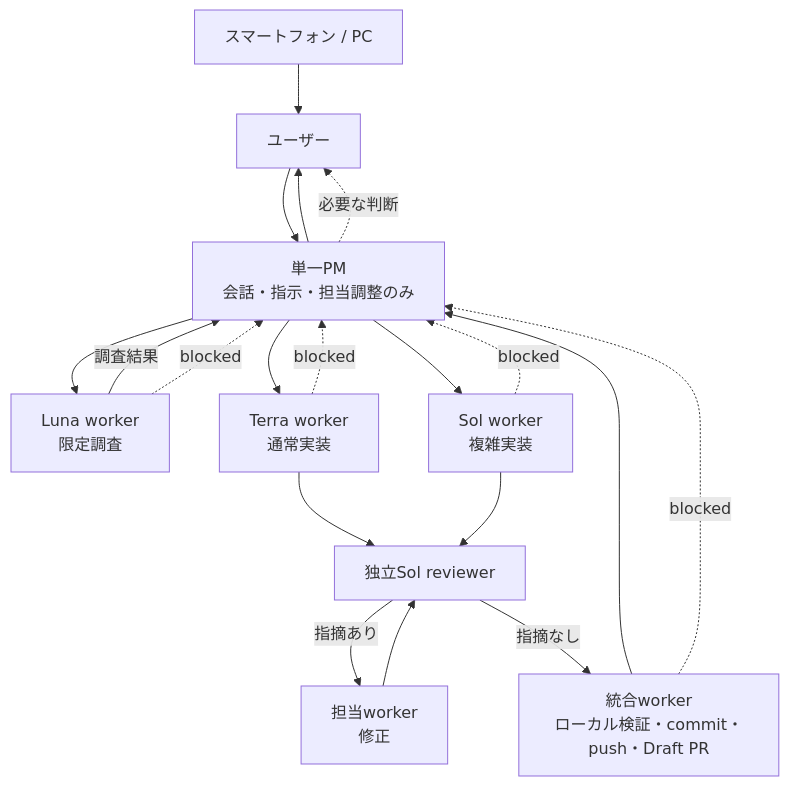
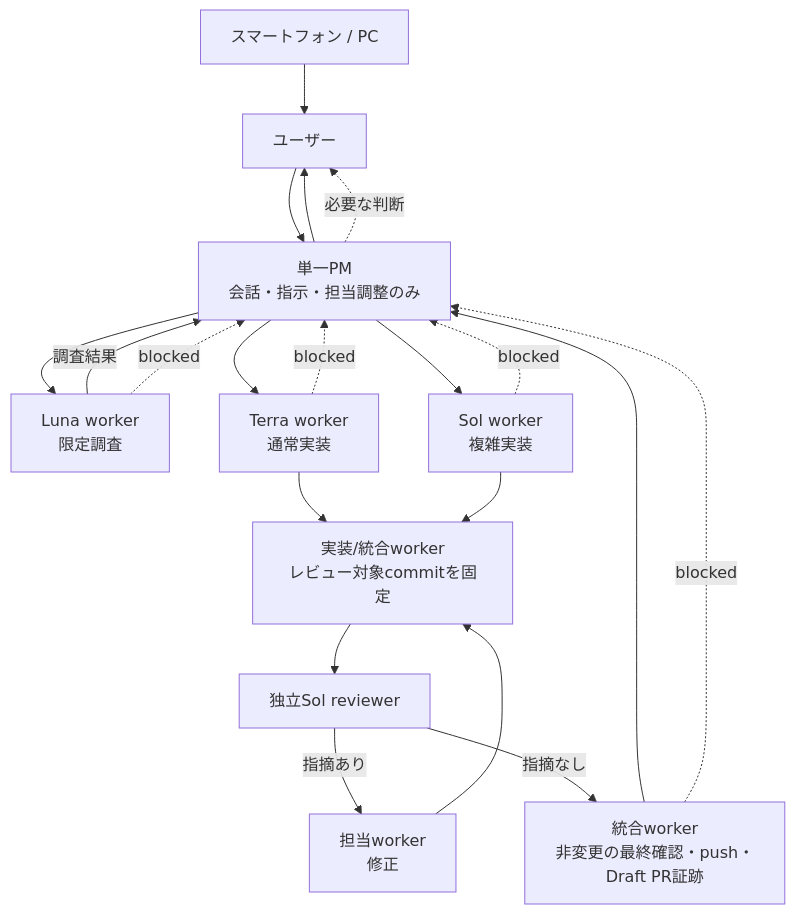
One commit to yomote/agent-world changed the diagram in docs/runbooks/pm-workflow.md. Above: the diagram before and after it, drawn with Mermaid. The commit also changed other lines of this file and 2 other files, not shown here.

Commit message:
docs: align task delivery review flow (#6)

````diff
--- a/docs/runbooks/pm-workflow.md
+++ b/docs/runbooks/pm-workflow.md
@@ -22,22 +22,22 @@
 ```mermaid
 flowchart TD
   Device[スマートフォン / PC] --> User[ユーザー]
   User --> PM[単一PM<br/>会話・指示・担当調整のみ]
   PM --> Luna[Luna worker<br/>限定調査]
   PM --> Terra[Terra worker<br/>通常実装]
   PM --> Sol[Sol worker<br/>複雑実装]
   Luna -->|調査結果| PM
-  Review[独立Sol reviewer]
-  Terra --> Review
-  Sol --> Review
+  Terra --> Commit[実装/統合worker<br/>レビュー対象commitを固定]
+  Sol --> Commit
+  Commit --> Review[独立Sol reviewer]
   Review -->|指摘あり| Fix[担当worker<br/>修正]
-  Fix --> Review
-  Review -->|指摘なし| Integrate[統合worker<br/>ローカル検証・commit・push・Draft PR]
+  Fix --> Commit
+  Review -->|指摘なし| Integrate[統合worker<br/>非変更の最終確認・push・Draft PR証跡]
   Integrate --> PM
   PM --> User
   Luna -. blocked .-> PM
   Terra -. blocked .-> PM
   Sol -. blocked .-> PM
   Integrate -. blocked .-> PM
   PM -. 必要な判断 .-> User
 ```
````
